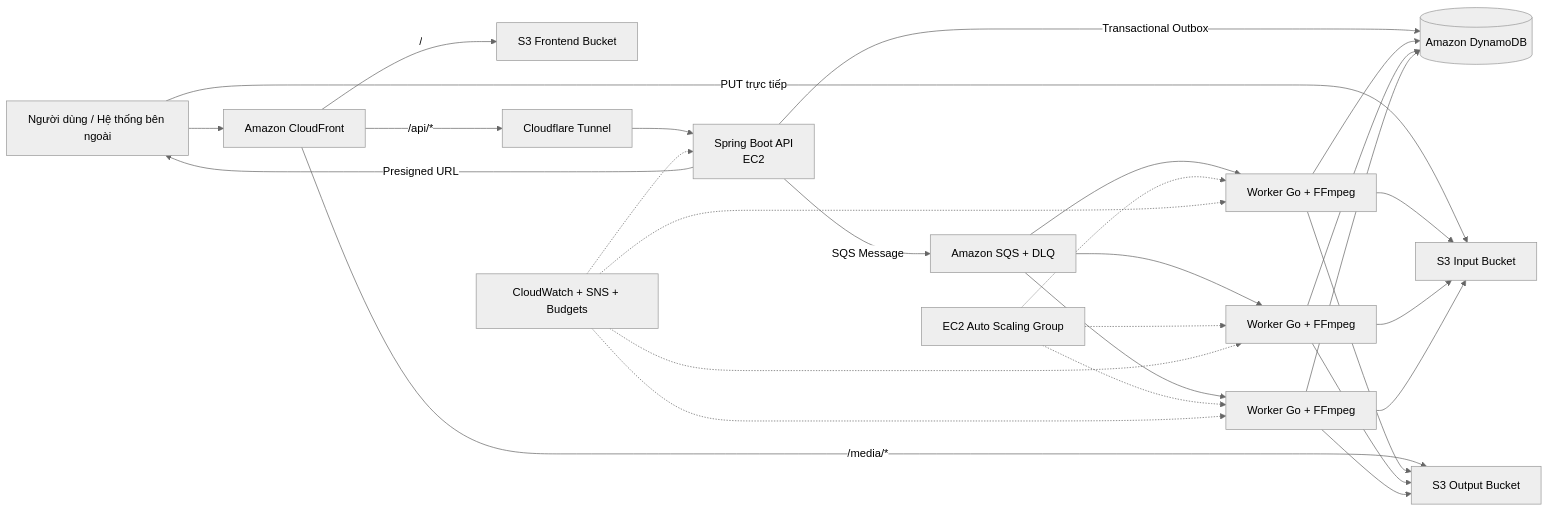
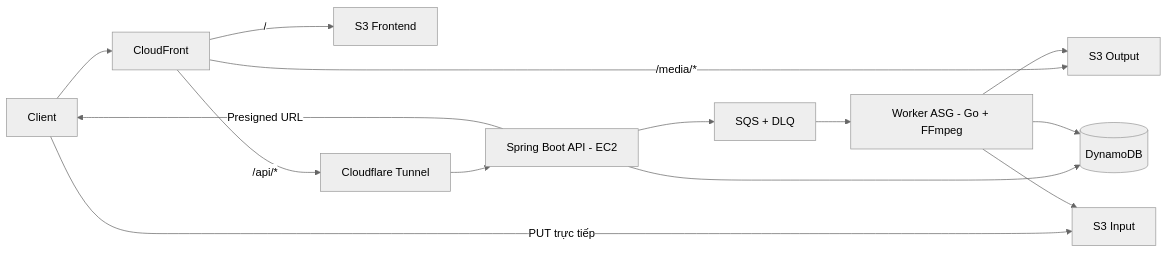
Before and after one commit to vllddlvh/TransvidCloud: the first of 2 diagrams in README.md, drawn with Mermaid (neutral theme). The commit also changed other lines of this file, not shown here.

````diff
--- a/README.md
+++ b/README.md
@@ -222,34 +110,18 @@
 ```mermaid
 flowchart LR
-    U[Người dùng / Hệ thống bên ngoài] --> CF[Amazon CloudFront]
-    CF -->|"/"| FE[S3 Frontend Bucket]
+    U[Client] --> CF[CloudFront]
+    CF -->|"/"| FE[S3 Frontend]
     CF -->|"/api/*"| TUN[Cloudflare Tunnel]
-    CF -->|"/media/*"| OUT[S3 Output Bucket]
+    CF -->|"/media/*"| OUT[S3 Output]
 
-    TUN --> API[Spring Boot API<br/>EC2]
+    TUN --> API[Spring Boot API - EC2]
     API -->|Presigned URL| U
-    U -->|PUT trực tiếp| IN[S3 Input Bucket]
-    API -->|Transactional Outbox| DDB[(Amazon DynamoDB)]
-    API -->|SQS Message| Q[Amazon SQS + DLQ]
+    U -->|PUT trực tiếp| IN[S3 Input]
+    API --> DDB[(DynamoDB)]
+    API --> Q[SQS + DLQ]
 
-    Q --> W1[Worker Go + FFmpeg]
-    Q --> W2[Worker Go + FFmpeg]
-    Q --> W3[Worker Go + FFmpeg]
-    W1 --> IN
-    W2 --> IN
-    W3 --> IN
-    W1 --> OUT
-    W2 --> OUT
-    W3 --> OUT
-    W1 --> DDB
-    W2 --> DDB
-    W3 --> DDB
-
-    ASG[EC2 Auto Scaling Group] -.-> W1
-    ASG -.-> W2
-    ASG -.-> W3
-    CW[CloudWatch + SNS + Budgets] -.-> API
-    CW -.-> W1
-    CW -.-> W2
-    CW -.-> W3
+    Q --> W[Worker ASG - Go + FFmpeg]
+    W --> IN
+    W --> OUT
+    W --> DDB
 ```
````
